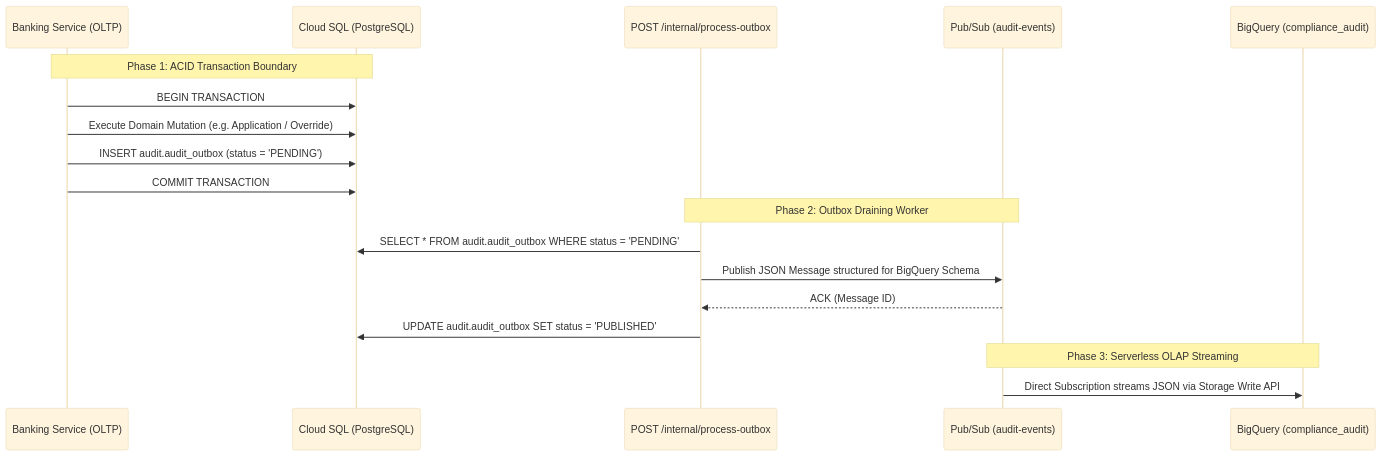
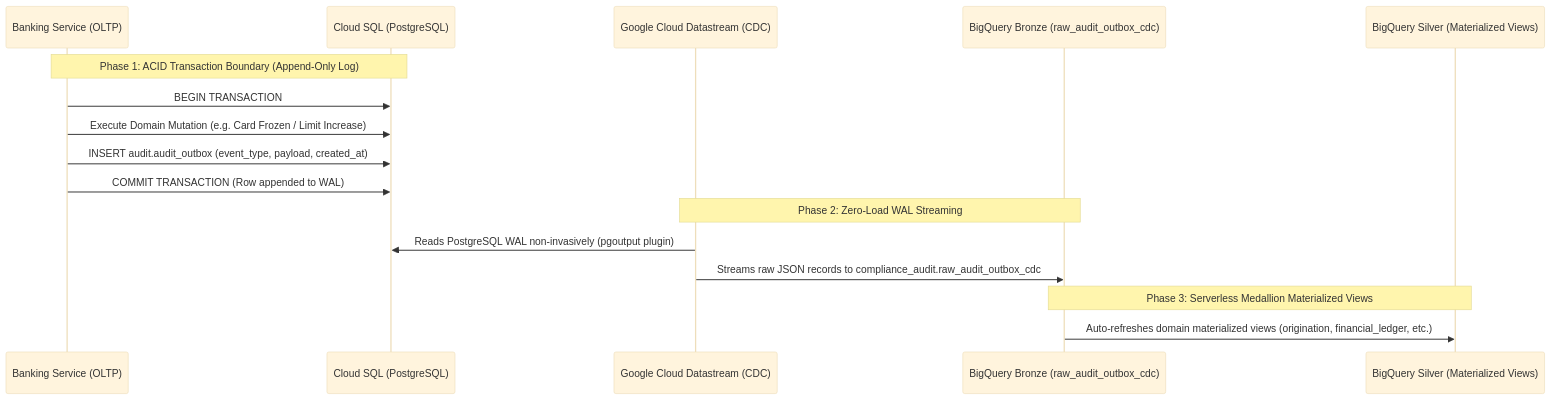
Before and after one commit to GoogleCloudPlatform/fsi-gecx-bundle: the second of 2 diagrams in docs/architecture/data-platform/bigquery_olap_audit_architecture.md, drawn with Mermaid (base theme). The commit also changed other lines of this file and 9 other files, not shown here.

Commit message:
feat(audit): refactor audit outbox to append-only WAL CDC event log and convert BigQuery compliance logs to Materialized Views

````diff
--- a/docs/architecture/data-platform/bigquery_olap_audit_architecture.md
+++ b/docs/architecture/data-platform/bigquery_olap_audit_architecture.md
@@ -58,23 +58,21 @@
 ```mermaid
 sequenceDiagram
     participant App as Banking Service (OLTP)
     participant PG as Cloud SQL (PostgreSQL)
-    participant Endpoint as POST /internal/process-outbox
-    participant PubSub as Pub/Sub (audit-events)
-    participant BQ as BigQuery (compliance_audit)
+    participant DS as Google Cloud Datastream (CDC)
+    participant BQ as BigQuery Bronze (raw_audit_outbox_cdc)
+    participant MV as BigQuery Silver (Materialized Views)
 
-    Note over App,PG: Phase 1: ACID Transaction Boundary
+    Note over App,PG: Phase 1: ACID Transaction Boundary (Append-Only Log)
     App->>PG: BEGIN TRANSACTION
-    App->>PG: Execute Domain Mutation (e.g. Application / Override)
-    App->>PG: INSERT audit.audit_outbox (status = 'PENDING')
-    App->>PG: COMMIT TRANSACTION
+    App->>PG: Execute Domain Mutation (e.g. Card Frozen / Limit Increase)
+    App->>PG: INSERT audit.audit_outbox (event_type, payload, created_at)
+    App->>PG: COMMIT TRANSACTION (Row appended to WAL)
 
-    Note over Endpoint,PubSub: Phase 2: Outbox Draining Worker
-    Endpoint->>PG: SELECT * FROM audit.audit_outbox WHERE status = 'PENDING'
-    Endpoint->>PubSub: Publish JSON Message structured for BigQuery Schema
-    PubSub-->>Endpoint: ACK (Message ID)
-    Endpoint->>PG: UPDATE audit.audit_outbox SET status = 'PUBLISHED'
+    Note over DS,BQ: Phase 2: Zero-Load WAL Streaming
+    DS->>PG: Reads PostgreSQL WAL non-invasively (pgoutput plugin)
+    DS->>BQ: Streams raw JSON records to compliance_audit.raw_audit_outbox_cdc
 
-    Note over PubSub,BQ: Phase 3: Serverless OLAP Streaming
-    PubSub->>BQ: Direct Subscription streams JSON via Storage Write API
+    Note over BQ,MV: Phase 3: Serverless Medallion Materialized Views
+    BQ->>MV: Auto-refreshes domain materialized views (origination, financial_ledger, etc.)
 ```
````
